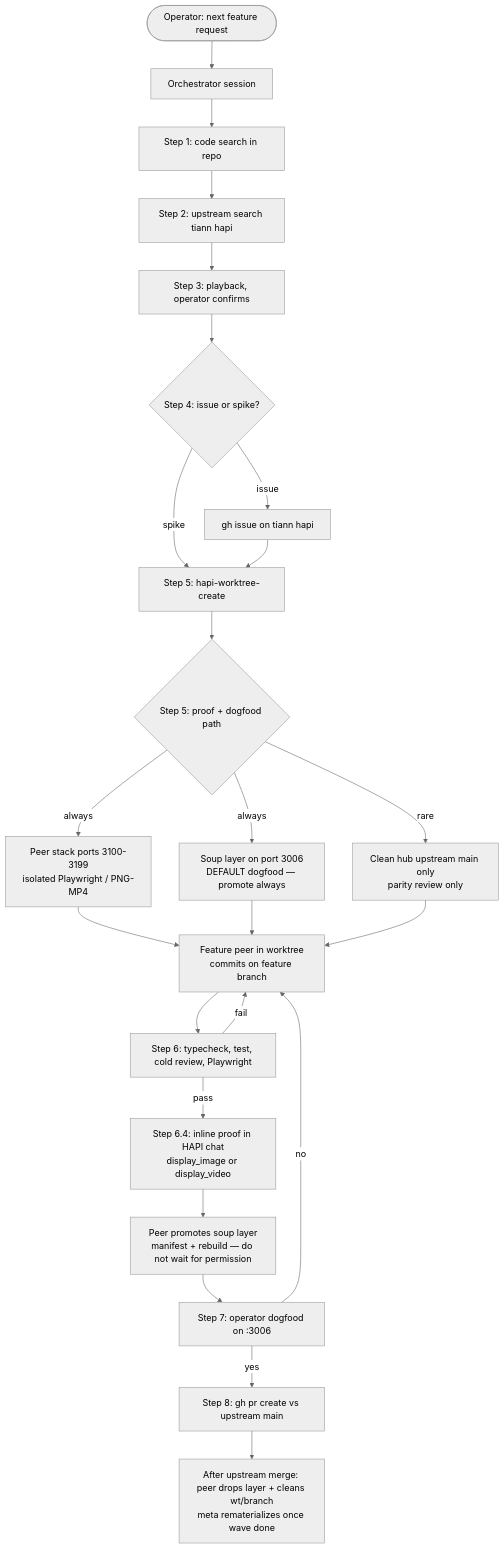
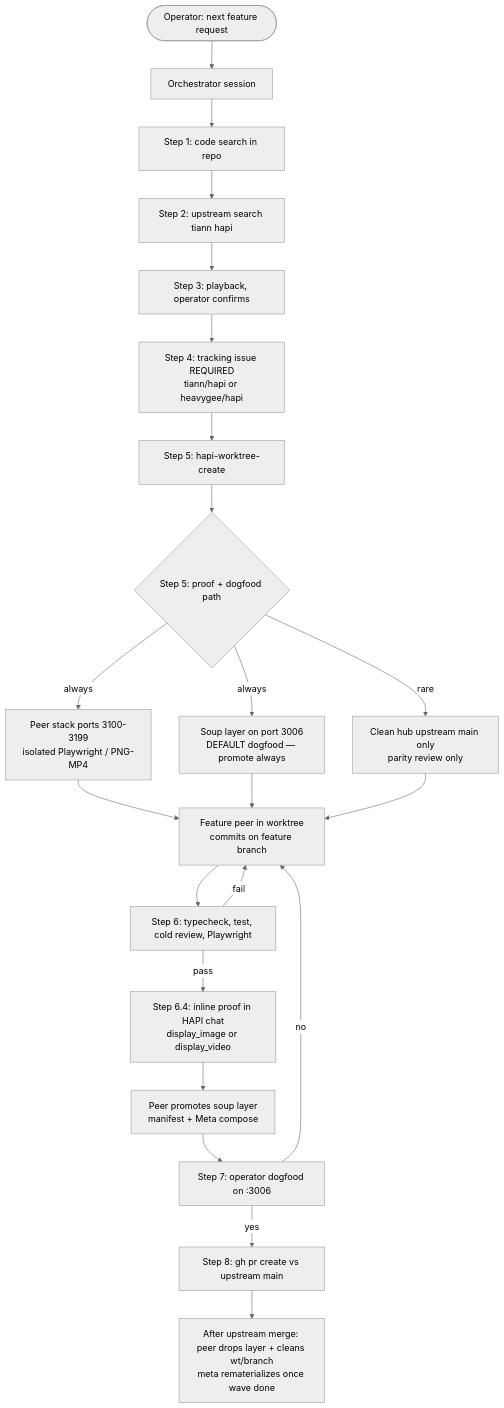
The first of 2 diagrams in docs/tooling/feature-work-lifecycle.md (heavygee/hapi), drawn with Mermaid (neutral theme) before and after one commit. The commit also changed other lines of this file and 3 other files, not shown here.

````diff
--- a/docs/tooling/feature-work-lifecycle.md
+++ b/docs/tooling/feature-work-lifecycle.md
@@ -48,26 +48,24 @@
 ```mermaid
 flowchart TD
     OP(["Operator: next feature request"]) --> ORCH["Orchestrator session"]
     ORCH --> S01["Step 1: code search in repo"]
     S01 --> S02["Step 2: upstream search tiann hapi"]
     S02 --> S03["Step 3: playback, operator confirms"]
-    S03 --> S04{"Step 4: issue or spike?"}
-    S04 -->|issue| ISSUE["gh issue on tiann hapi"]
-    S04 -->|spike| WT["Step 5: hapi-worktree-create"]
-    ISSUE --> WT
+    S03 --> S04["Step 4: tracking issue REQUIRED<br/>tiann/hapi or heavygee/hapi"]
+    S04 --> WT["Step 5: hapi-worktree-create"]
     WT --> TOPO{"Step 5: proof + dogfood path"}
     TOPO -->|always| PEER["Peer stack ports 3100-3199<br/>isolated Playwright / PNG-MP4"]
     TOPO -->|always| SOUP["Soup layer on port 3006<br/>DEFAULT dogfood — promote always"]
     TOPO -->|rare| CLEAN["Clean hub upstream main only<br/>parity review only"]
     PEER --> IMPL["Feature peer in worktree<br/>commits on feature branch"]
     SOUP --> IMPL
     CLEAN --> IMPL
     IMPL --> GATES["Step 6: typecheck, test, cold review, Playwright"]
     GATES -->|fail| IMPL
     GATES -->|pass| INLINE["Step 6.4: inline proof in HAPI chat<br/>display_image or display_video"]
-    INLINE --> PROMOTE["Peer promotes soup layer<br/>manifest + rebuild — do not wait for permission"]
+    INLINE --> PROMOTE["Peer promotes soup layer<br/>manifest + Meta compose"]
     PROMOTE --> DOG["Step 7: operator dogfood on :3006"]
     DOG -->|no| IMPL
     DOG -->|yes| PR["Step 8: gh pr create vs upstream main"]
     PR --> DROP["After upstream merge: peer drops layer + cleans wt/branch<br/>meta rematerializes once wave done"]
 ```
````
